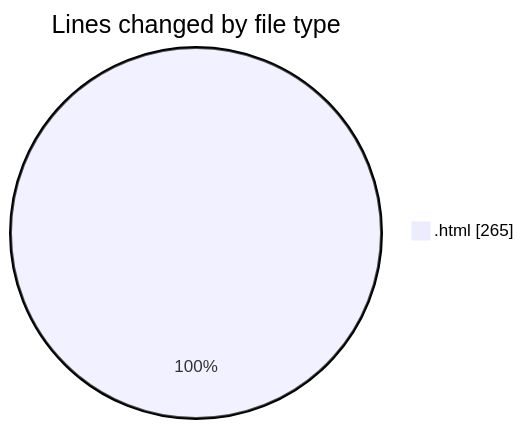
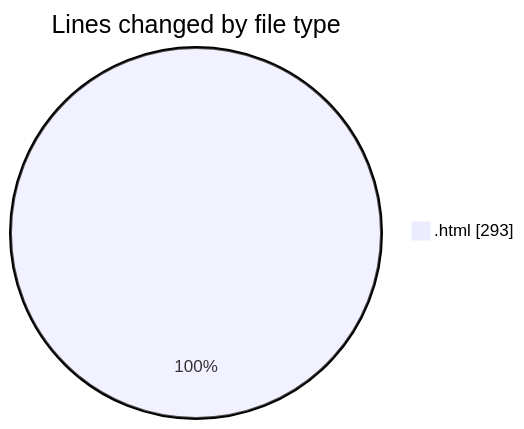
Before and after one commit to LanceThiago/code-tracking: the first of 2 diagrams in 2025-01-10/nueva_carpeta/README.md, drawn with Mermaid. The commit also changed other lines of this file and 1 other file, not shown here.

````diff
--- a/2025-01-10/nueva_carpeta/README.md
+++ b/2025-01-10/nueva_carpeta/README.md
@@ -20,5 +20,5 @@
 ```mermaid
 pie showData
 title Lines changed by file type
-".html" : 265
+".html" : 293
 ```
````
